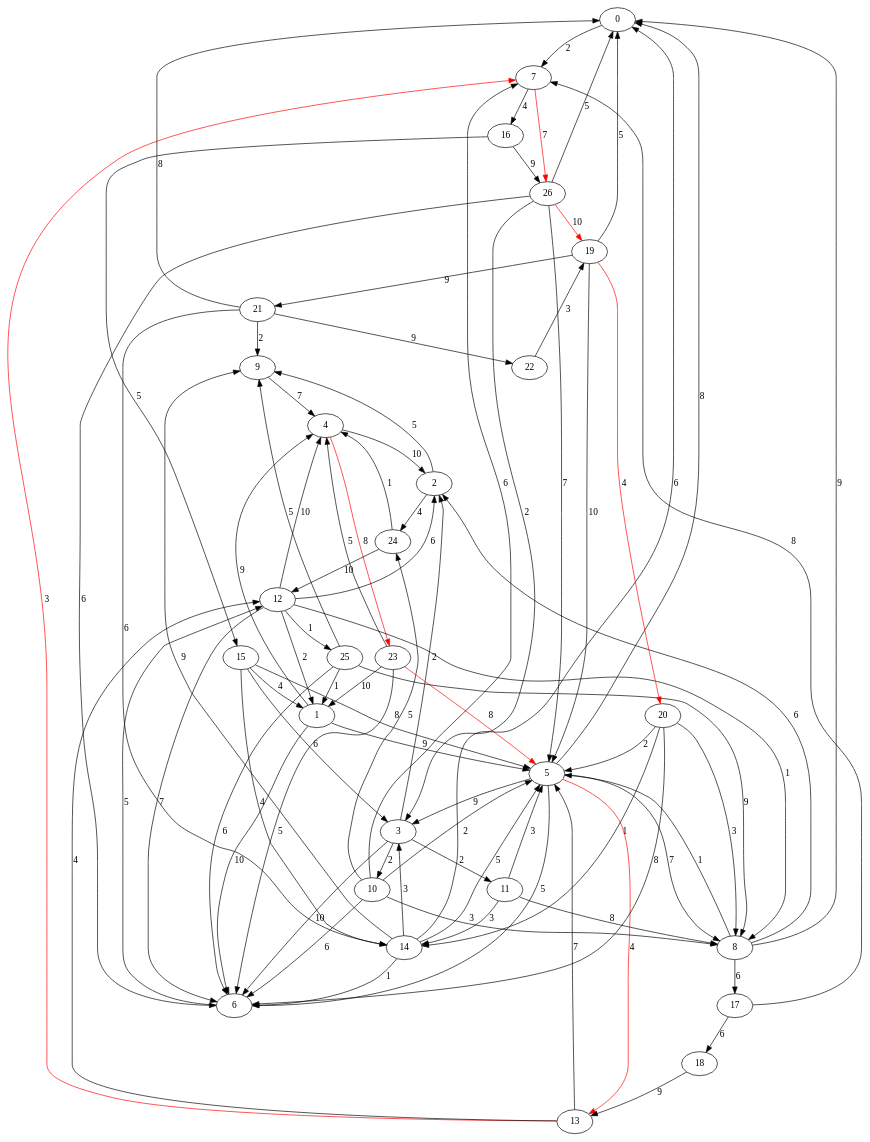
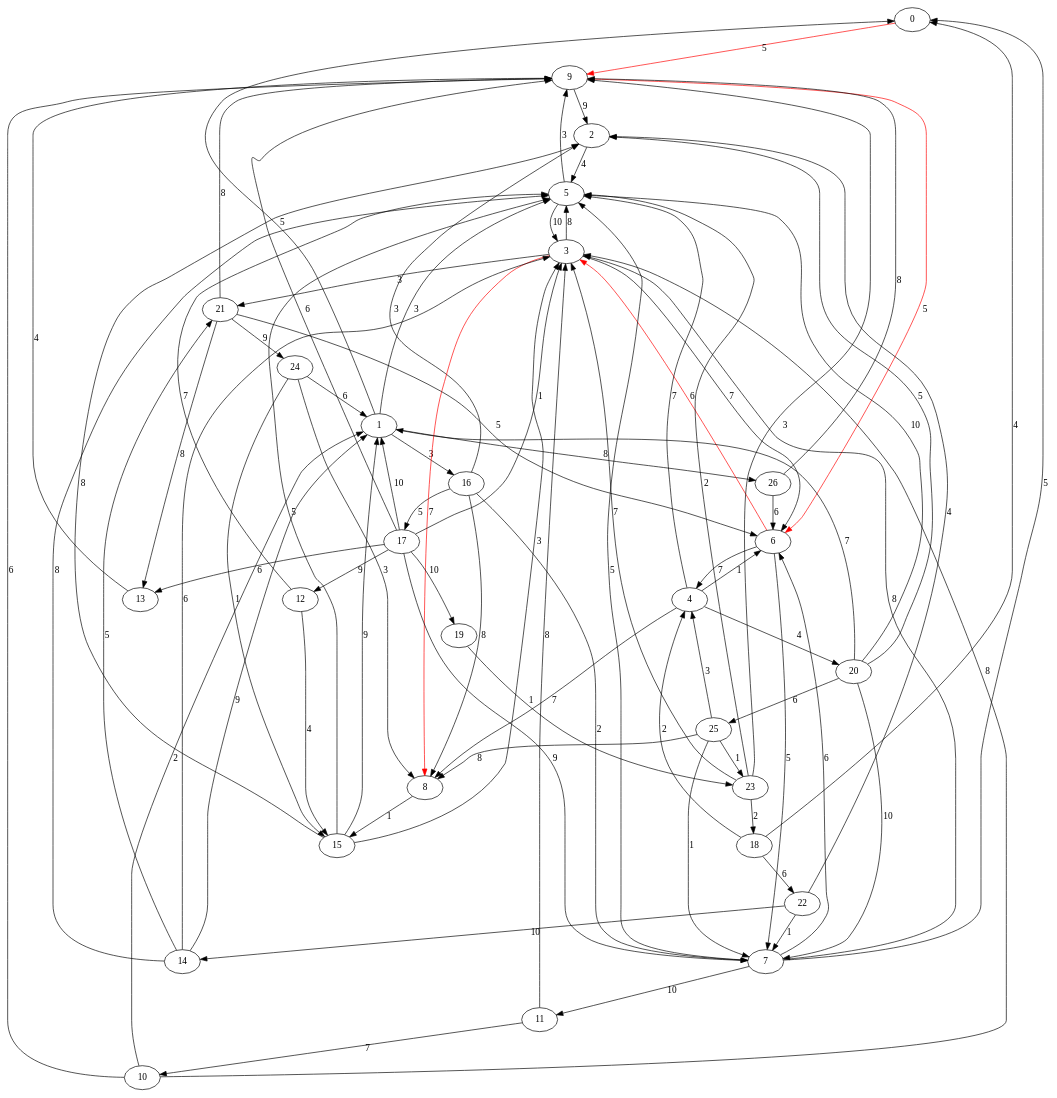
The diagram in output/caminho.dot (CycleWs/airways-graphs), drawn with Graphviz before and after one commit. The commit also changed 4 other files, not shown here.

```diff
--- a/output/caminho.dot
+++ b/output/caminho.dot
@@ -1,86 +1,85 @@
 digraph {
-0 -> 7 [label=2];
-1 -> 4 [label=9];
-1 -> 5 [label=9];
-1 -> 6 [label=10];
-2 -> 9 [label=5];
-2 -> 24 [label=4];
-3 -> 2 [label=2];
-3 -> 6 [label=10];
-3 -> 10 [label=2];
-3 -> 11 [label=2];
-4 -> 2 [label=10];
-4 -> 23 [label=8 color=red];
-5 -> 0 [label=8];
-5 -> 3 [label=9];
-5 -> 6 [label=5];
-5 -> 8 [label=7];
-5 -> 13 [label=4 color=red];
-6 -> 12 [label=5];
-7 -> 16 [label=4];
-7 -> 26 [label=7 color=red];
-8 -> 0 [label=9];
-8 -> 2 [label=6];
-8 -> 5 [label=1];
-8 -> 17 [label=6];
-9 -> 4 [label=7];
-10 -> 5 [label=2];
-10 -> 6 [label=6];
-10 -> 7 [label=6];
-10 -> 8 [label=3];
-10 -> 24 [label=5];
-11 -> 5 [label=3];
-11 -> 8 [label=8];
-11 -> 14 [label=3];
-12 -> 1 [label=2];
-12 -> 2 [label=6];
-12 -> 4 [label=10];
-12 -> 6 [label=7];
-12 -> 8 [label=1];
-12 -> 25 [label=1];
-13 -> 5 [label=7];
-13 -> 7 [label=3 color=red];
-13 -> 12 [label=4];
-14 -> 0 [label=6];
-14 -> 3 [label=3];
-14 -> 5 [label=5];
-14 -> 6 [label=1];
-14 -> 9 [label=9];
-15 -> 1 [label=4];
-15 -> 3 [label=6];
-15 -> 5 [label=8];
-15 -> 14 [label=4];
-16 -> 15 [label=5];
-16 -> 26 [label=9];
-17 -> 7 [label=8];
-17 -> 18 [label=6];
-18 -> 13 [label=9];
-19 -> 0 [label=5];
-19 -> 5 [label=10];
-19 -> 20 [label=4 color=red];
-19 -> 21 [label=9];
-20 -> 5 [label=2];
-20 -> 6 [label=8];
-20 -> 8 [label=3];
-20 -> 14 [label=1];
-21 -> 0 [label=8];
-21 -> 9 [label=2];
-21 -> 14 [label=6];
-21 -> 22 [label=9];
-22 -> 19 [label=3];
-23 -> 1 [label=10];
-23 -> 4 [label=5];
-23 -> 5 [label=8 color=red];
-23 -> 6 [label=5];
-24 -> 4 [label=1];
-24 -> 12 [label=10];
-25 -> 1 [label=1];
-25 -> 6 [label=6];
-25 -> 8 [label=9];
-25 -> 9 [label=5];
-26 -> 0 [label=5];
-26 -> 3 [label=2];
-26 -> 5 [label=7];
+0 -> 9 [label=5 color=red];
+1 -> 0 [label=5];
+1 -> 5 [label=3];
+1 -> 16 [label=3];
+1 -> 26 [label=8];
+2 -> 5 [label=4];
+3 -> 5 [label=8];
+3 -> 6 [label=7];
+3 -> 8 [label=7 color=red];
+3 -> 21 [label=3];
+4 -> 5 [label=7];
+4 -> 6 [label=1];
+4 -> 8 [label=7];
+4 -> 20 [label=4];
+5 -> 3 [label=10];
+5 -> 9 [label=3];
+6 -> 3 [label=6 color=red];
+6 -> 4 [label=7];
+6 -> 7 [label=5];
+7 -> 0 [label=5];
+7 -> 3 [label=8];
+7 -> 5 [label=5];
+7 -> 6 [label=6];
+7 -> 11 [label=10];
+8 -> 15 [label=1];
+9 -> 2 [label=9];
+9 -> 6 [label=5 color=red];
+10 -> 1 [label=2];
+10 -> 3 [label=8];
+10 -> 9 [label=6];
+11 -> 3 [label=8];
+11 -> 10 [label=7];
+12 -> 5 [label=7];
+12 -> 15 [label=4];
+13 -> 9 [label=4];
+14 -> 1 [label=9];
+14 -> 3 [label=6];
+14 -> 5 [label=8];
+14 -> 21 [label=5];
+15 -> 1 [label=9];
+15 -> 2 [label=8];
+15 -> 3 [label=3];
+15 -> 5 [label=5];
+16 -> 2 [label=3];
+16 -> 7 [label=2];
+16 -> 8 [label=8];
+16 -> 17 [label=5];
+17 -> 1 [label=10];
+17 -> 3 [label=1];
+17 -> 7 [label=9];
+17 -> 9 [label=6];
+17 -> 12 [label=9];
+17 -> 13 [label=6];
+17 -> 19 [label=10];
+18 -> 0 [label=4];
+18 -> 4 [label=2];
+18 -> 22 [label=6];
+19 -> 23 [label=1];
+20 -> 1 [label=7];
+20 -> 2 [label=5];
+20 -> 5 [label=10];
+20 -> 7 [label=10];
+20 -> 25 [label=6];
+21 -> 6 [label=5];
+21 -> 9 [label=8];
+21 -> 13 [label=8];
+21 -> 24 [label=9];
+22 -> 2 [label=4];
+22 -> 7 [label=1];
+22 -> 14 [label=10];
+23 -> 3 [label=7];
+23 -> 5 [label=2];
+23 -> 9 [label=3];
+23 -> 18 [label=2];
+24 -> 1 [label=6];
+24 -> 8 [label=3];
+24 -> 15 [label=1];
+25 -> 4 [label=3];
+25 -> 7 [label=1];
+25 -> 8 [label=8];
+25 -> 23 [label=1];
 26 -> 6 [label=6];
-26 -> 19 [label=10 color=red];
+26 -> 9 [label=8];
 }
```
